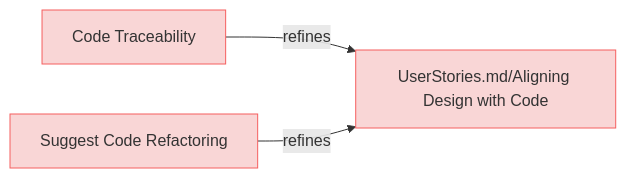
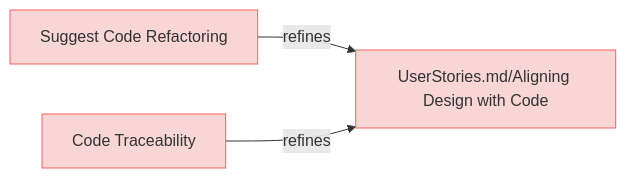
The second of 9 diagrams in specifications/UserRequirements.md (reqvire-org/reqvire), drawn with Mermaid before and after one commit. The commit also changed other lines of this file and 21 other files, not shown here.

````diff
--- a/specifications/UserRequirements.md
+++ b/specifications/UserRequirements.md
@@ -107,20 +107,20 @@
 ```mermaid
 graph LR;
   %% Graph styling
   classDef requirement fill:#f9d6d6,stroke:#f55f5f,stroke-width:1px;
   classDef verification fill:#d6f9d6,stroke:#5fd75f,stroke-width:1px;
   classDef externalLink fill:#d0e0ff,stroke:#3080ff,stroke-width:1px;
   classDef default fill:#f5f5f5,stroke:#333333,stroke-width:1px;
 
-  47469d8977723944["Code Traceability"];
-  click 47469d8977723944 "https://github.com/ilijaljubicic/Reqvire/blob/8a68ca1eab81bac7964085e47777a0a92447c6a5/specifications/UserRequirements.md#code-traceability";
-  class 47469d8977723944 requirement;
-  3aa9c1e4906c1b45["UserStories.md/Aligning Design with Code"];
-  class 3aa9c1e4906c1b45 requirement;
-  click 3aa9c1e4906c1b45 "https://github.com/ilijaljubicic/Reqvire/blob/8a68ca1eab81bac7964085e47777a0a92447c6a5/specifications/UserStories.md#aligning-design-with-code";
-  47469d8977723944 -->|refines| 3aa9c1e4906c1b45;
-  ab1a0f0272cfb90b["Suggest Code Refactoring"];
-  click ab1a0f0272cfb90b "https://github.com/ilijaljubicic/Reqvire/blob/8a68ca1eab81bac7964085e47777a0a92447c6a5/specifications/UserRequirements.md#suggest-code-refactoring";
-  class ab1a0f0272cfb90b requirement;
-  ab1a0f0272cfb90b -->|refines| 3aa9c1e4906c1b45;
+  43dbd0667720212c["Suggest Code Refactoring"];
+  click 43dbd0667720212c "https://github.com/Reqvire/reqvire/blob/f18e52f9f88c64f67a79abc4e93eb74b3ec22615/specifications/UserRequirements.md#suggest-code-refactoring";
+  class 43dbd0667720212c requirement;
+  a9bc74070fc71e6d["UserStories.md/Aligning Design with Code"];
+  class a9bc74070fc71e6d requirement;
+  click a9bc74070fc71e6d "https://github.com/Reqvire/reqvire/blob/f18e52f9f88c64f67a79abc4e93eb74b3ec22615/specifications/UserStories.md#aligning-design-with-code";
+  43dbd0667720212c -->|refines| a9bc74070fc71e6d;
+  8c02a4fb740392b["Code Traceability"];
+  click 8c02a4fb740392b "https://github.com/Reqvire/reqvire/blob/f18e52f9f88c64f67a79abc4e93eb74b3ec22615/specifications/UserRequirements.md#code-traceability";
+  class 8c02a4fb740392b requirement;
+  8c02a4fb740392b -->|refines| a9bc74070fc71e6d;
 ```
````
